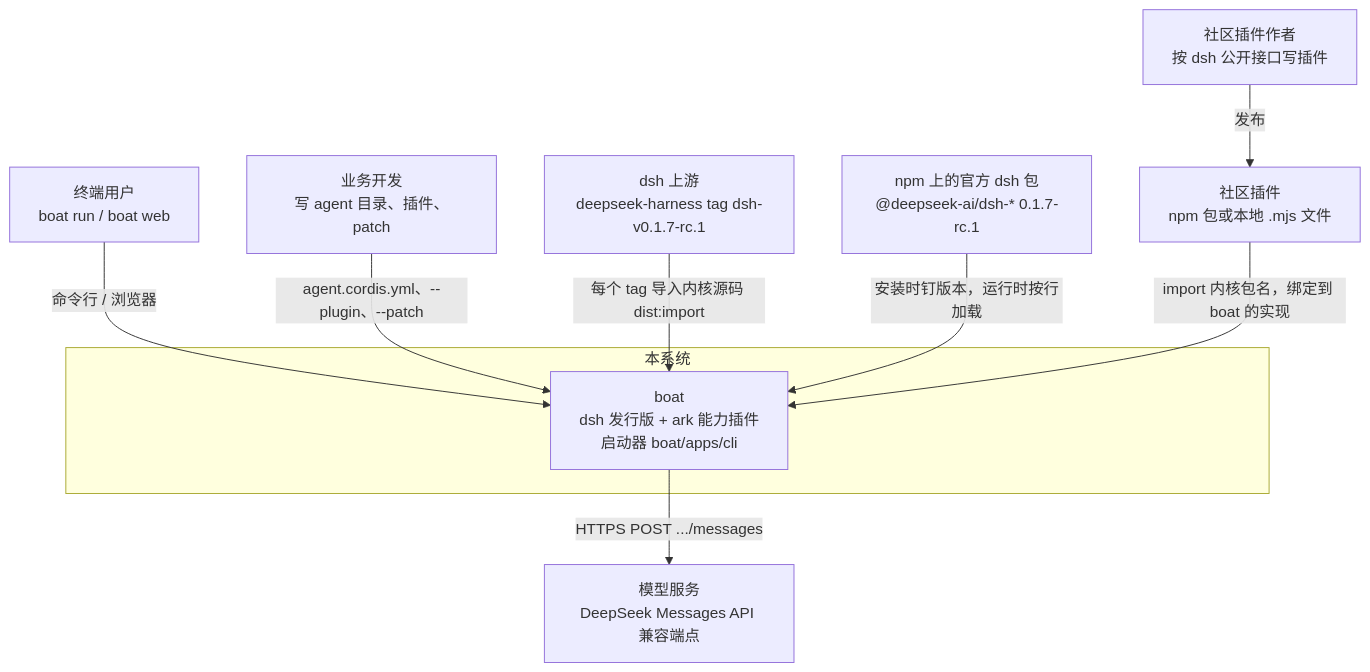
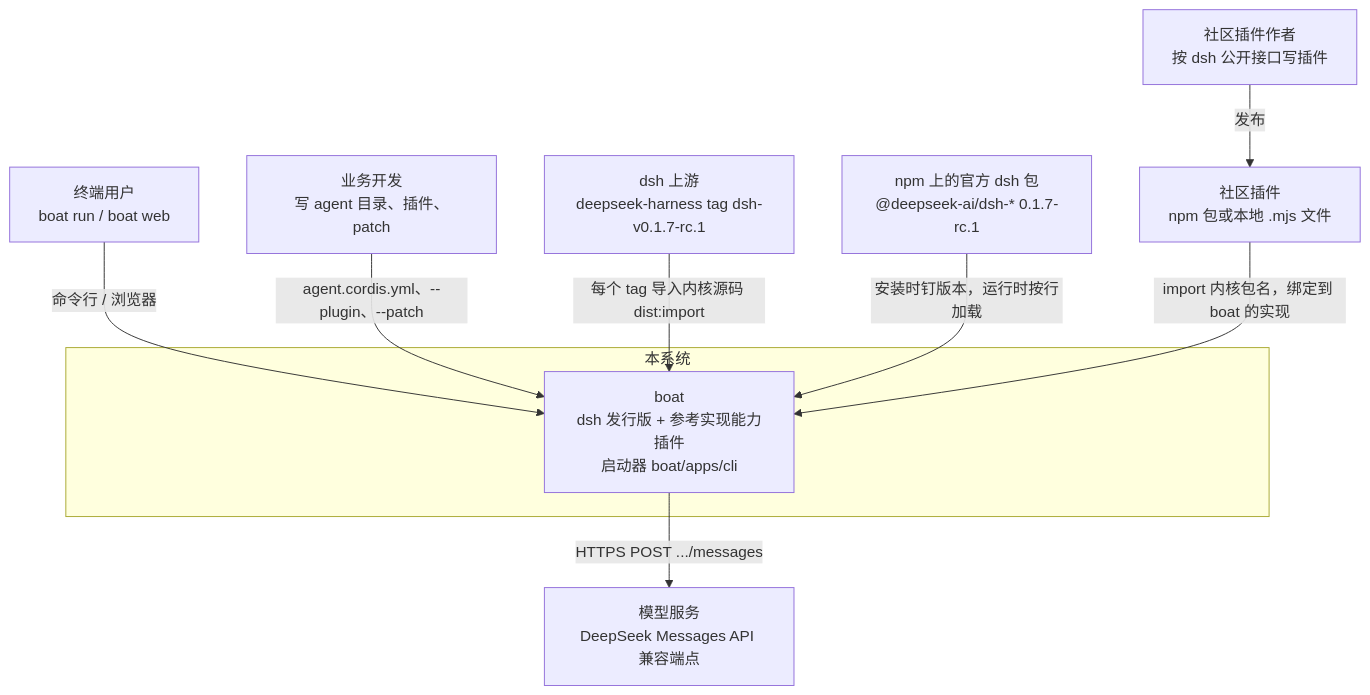
The first of 11 diagrams in docs/01-architecture.md (lyteboat/boat), drawn with Mermaid before and after one commit. The commit also changed other lines of this file and 3 other files, not shown here.

````diff
--- a/docs/01-architecture.md
+++ b/docs/01-architecture.md
@@ -66,20 +66,20 @@
 ```mermaid
 flowchart TB
   user["终端用户<br/>boat run / boat web"]
   dev["业务开发<br/>写 agent 目录、插件、patch"]
   author["社区插件作者<br/>按 dsh 公开接口写插件"]
   subgraph SYS["本系统"]
-    boat["boat<br/>dsh 发行版 + ark 能力插件<br/>启动器 boat/apps/cli"]
+    boat["boat<br/>dsh 发行版 + 参考实现能力插件<br/>启动器 boat/apps/cli"]
   end
   upstream["dsh 上游<br/>deepseek-harness tag dsh-v0.1.7-rc.1"]
   npm["npm 上的官方 dsh 包<br/>@deepseek-ai/dsh-* 0.1.7-rc.1"]
   cplug["社区插件<br/>npm 包或本地 .mjs 文件"]
   model["模型服务<br/>DeepSeek Messages API 兼容端点"]
   user -->|"命令行 / 浏览器"| boat
   dev -->|"agent.cordis.yml、--plugin、--patch"| boat
   upstream -->|"每个 tag 导入内核源码 dist:import"| boat
   npm -->|"安装时钉版本，运行时按行加载"| boat
   author -->|"发布"| cplug
   cplug -->|"import 内核包名，绑定到 boat 的实现"| boat
   boat -->|"HTTPS POST .../messages"| model
 ```
````
